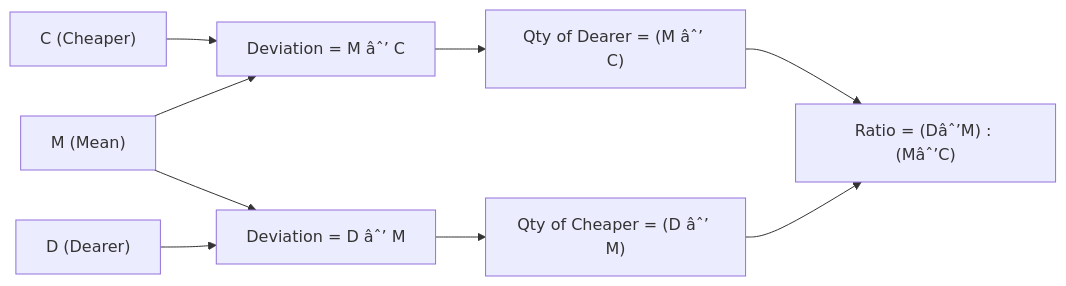
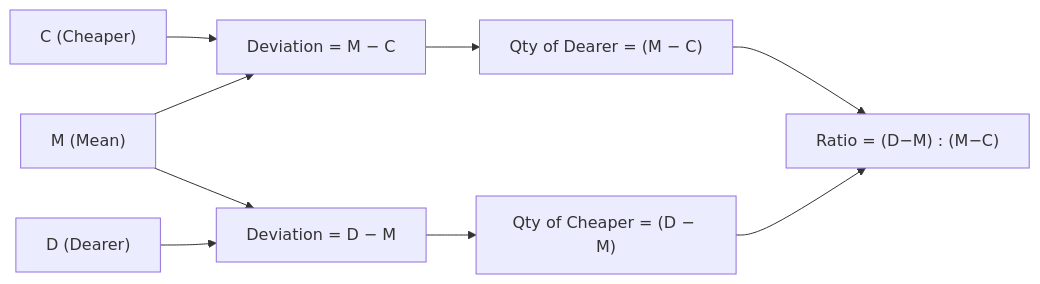
One commit to Raushan666java/ai-engineering-journey changed the eighth of 10 diagrams in docs/courses/quantitative-aptitude/02-advanced-arithmetic.md. Above: the diagram before and after it, drawn with Mermaid. The commit also changed other lines of this file and 965 other files, not shown here.

````diff
--- a/docs/courses/quantitative-aptitude/02-advanced-arithmetic.md
+++ b/docs/courses/quantitative-aptitude/02-advanced-arithmetic.md
@@ -1094,11 +1094,11 @@
 ```mermaid
 flowchart LR
-    A["C (Cheaper)"] --> D["Deviation = M âˆ’ C"]
+    A["C (Cheaper)"] --> D["Deviation = M − C"]
     B["M (Mean)"] --> D
-    B --> E["Deviation = D âˆ’ M"]
+    B --> E["Deviation = D − M"]
     C["D (Dearer)"] --> E
-    D --> F["Qty of Dearer = (M âˆ’ C)"]
-    E --> G["Qty of Cheaper = (D âˆ’ M)"]
-    F --> H["Ratio = (Dâˆ’M) : (Mâˆ’C)"]
+    D --> F["Qty of Dearer = (M − C)"]
+    E --> G["Qty of Cheaper = (D − M)"]
+    F --> H["Ratio = (D−M) : (M−C)"]
     G --> H
 ```
````
